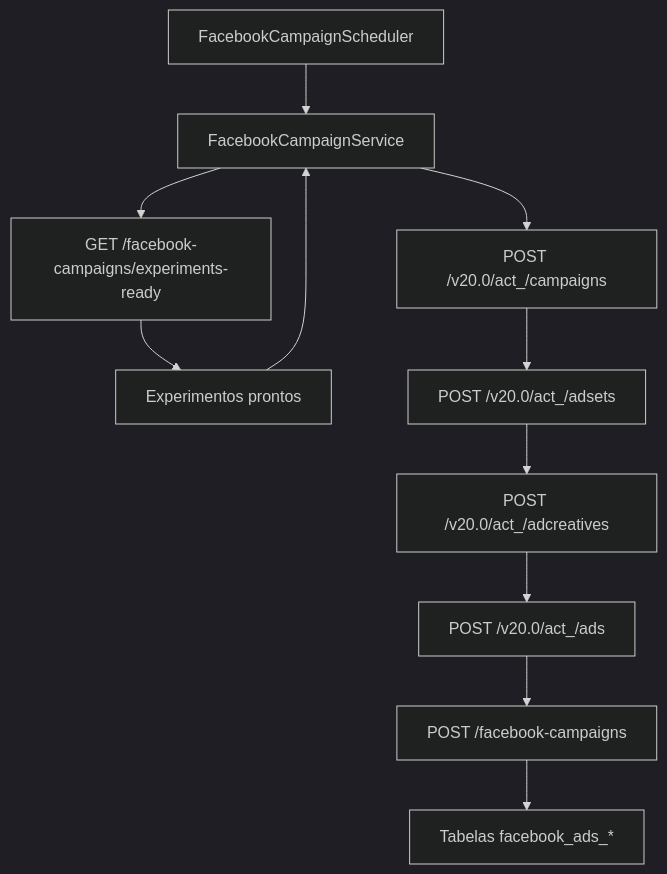
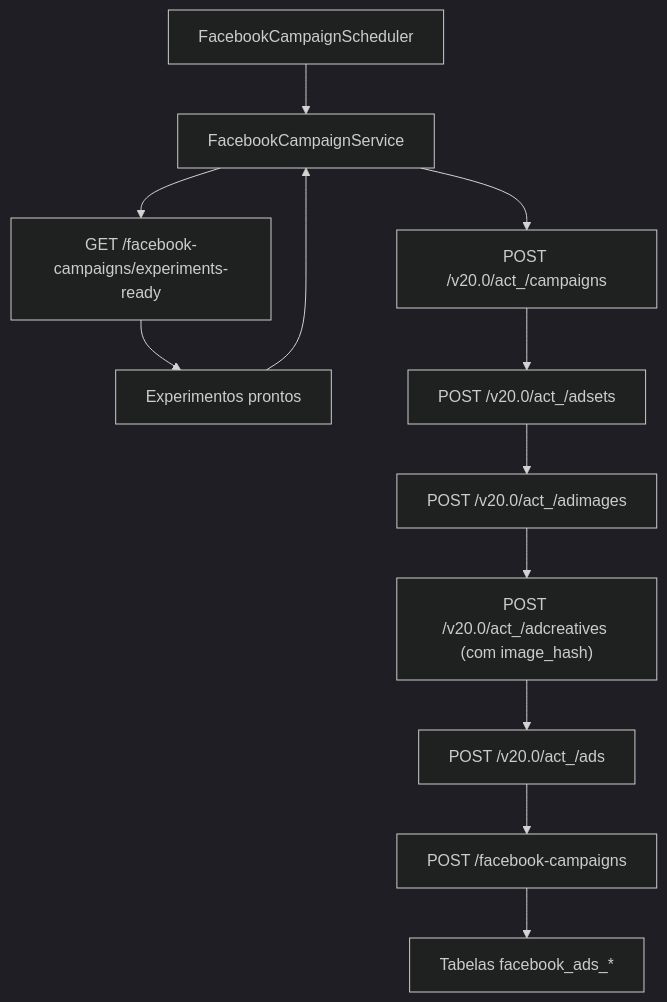
Before and after one commit to paulofor/marketing-hub: the diagram in docs/facebook-ads-worker/input-output-mapping.md, drawn with Mermaid (dark theme). The commit also changed other lines of this file and 2 other files, not shown here.

Commit message:
docs(facebook-ads-worker): orientar upload de imagem via adimages com image_hash

````diff
--- a/docs/facebook-ads-worker/input-output-mapping.md
+++ b/docs/facebook-ads-worker/input-output-mapping.md
@@ -35,13 +35,14 @@
 ```mermaid
 flowchart TD
     scheduler["FacebookCampaignScheduler"] --> service["FacebookCampaignService"]
     service --> fetch["GET /facebook-campaigns/experiments-ready"]
     fetch --> experiments["Experimentos prontos"]
     experiments --> service
     service --> createCampaign["POST /v20.0/act_<adAccountId>/campaigns"]
     createCampaign --> createAdSet["POST /v20.0/act_<adAccountId>/adsets"]
-    createAdSet --> createCreative["POST /v20.0/act_<adAccountId>/adcreatives"]
+    createAdSet --> uploadImage["POST /v20.0/act_<adAccountId>/adimages"]
+    uploadImage --> createCreative["POST /v20.0/act_<adAccountId>/adcreatives (com image_hash)"]
     createCreative --> createAd["POST /v20.0/act_<adAccountId>/ads"]
     createAd --> persist["POST /facebook-campaigns"]
     persist --> db["Tabelas facebook_ads_*"]
 ```
````
